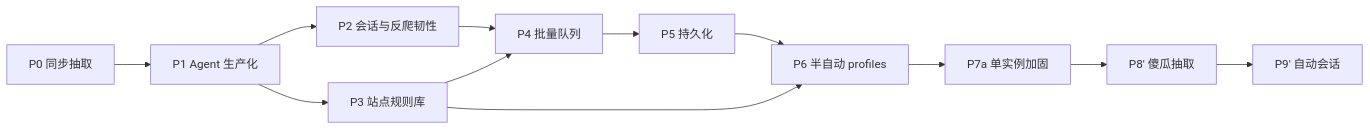
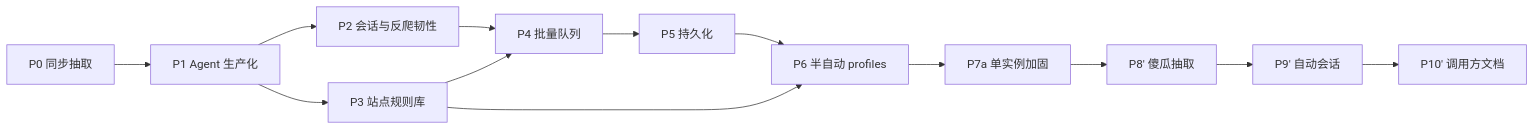
Before and after one commit to Ever12349/arachne: the diagram in docs/DESIGN.md, drawn with Mermaid. The commit also changed other lines of this file and 3 other files, not shown here.

````diff
--- a/docs/DESIGN.md
+++ b/docs/DESIGN.md
@@ -738,14 +771,15 @@
 ```mermaid
 flowchart LR
   P0[P0 同步抽取] --> P1[P1 Agent 生产化]
   P1 --> P2[P2 会话与反爬韧性]
   P1 --> P3[P3 站点规则库]
   P2 --> P4[P4 批量队列]
   P3 --> P4
   P4 --> P5[P5 持久化]
   P3 --> P6[P6 半自动 profiles]
   P5 --> P6
   P6 --> P7[P7a 单实例加固]
   P7 --> P8[P8′ 傻瓜抽取]
   P8 --> P9[P9′ 自动会话]
+  P9 --> P10[P10′ 调用方文档]
 ```
````
